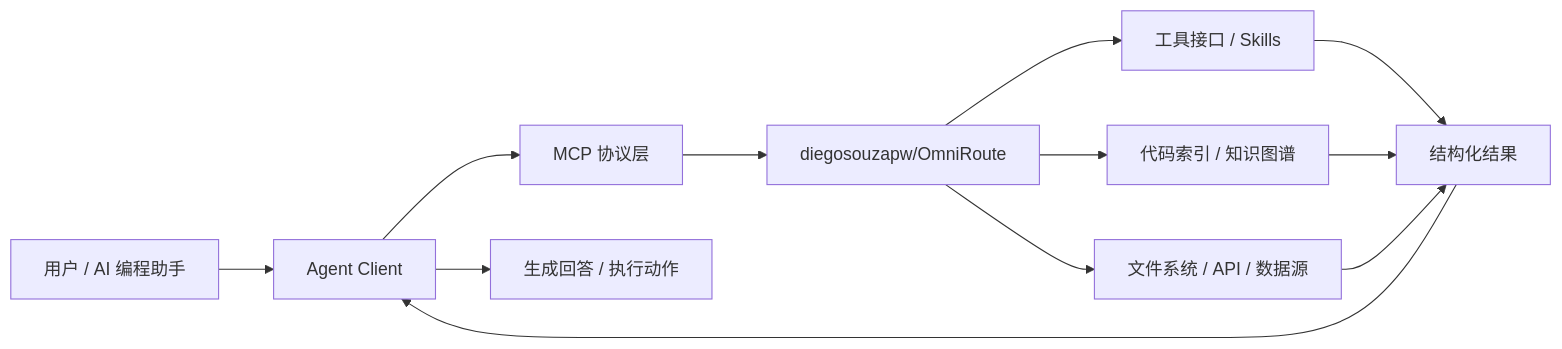
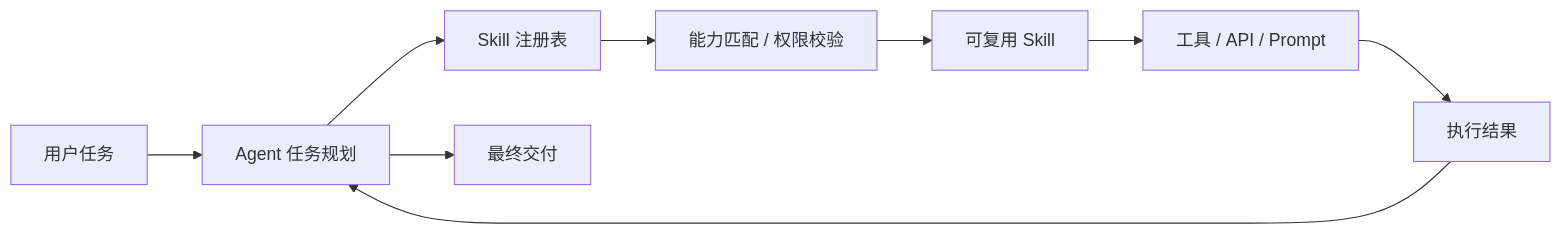
The fifth of 5 diagrams in TRENDING.md (Lingwangla/github_trend), drawn with Mermaid before and after one commit. The commit also changed other lines of this file and 2 other files, not shown here.

````diff
--- a/TRENDING.md
+++ b/TRENDING.md
@@ -184,14 +182,11 @@
 ```mermaid
 flowchart LR
-    User[用户 / AI 编程助手] --> Client[Agent Client]
-    Client --> Protocol[MCP 协议层]
-    Protocol --> Server[diegosouzapw/OmniRoute]
-    Server --> Tools[工具接口 / Skills]
-    Server --> Index[代码索引 / 知识图谱]
-    Server --> Data[文件系统 / API / 数据源]
-    Tools --> Result[结构化结果]
-    Index --> Result
-    Data --> Result
-    Result --> Client
-    Client --> Answer[生成回答 / 执行动作]
+    User[用户任务] --> Planner[Agent 任务规划]
+    Planner --> Registry[Skill 注册表]
+    Registry --> Select[能力匹配 / 权限校验]
+    Select --> Skill[可复用 Skill]
+    Skill --> Tool[工具 / API / Prompt]
+    Tool --> Observation[执行结果]
+    Observation --> Planner
+    Planner --> Output[最终交付]
 ```
````
